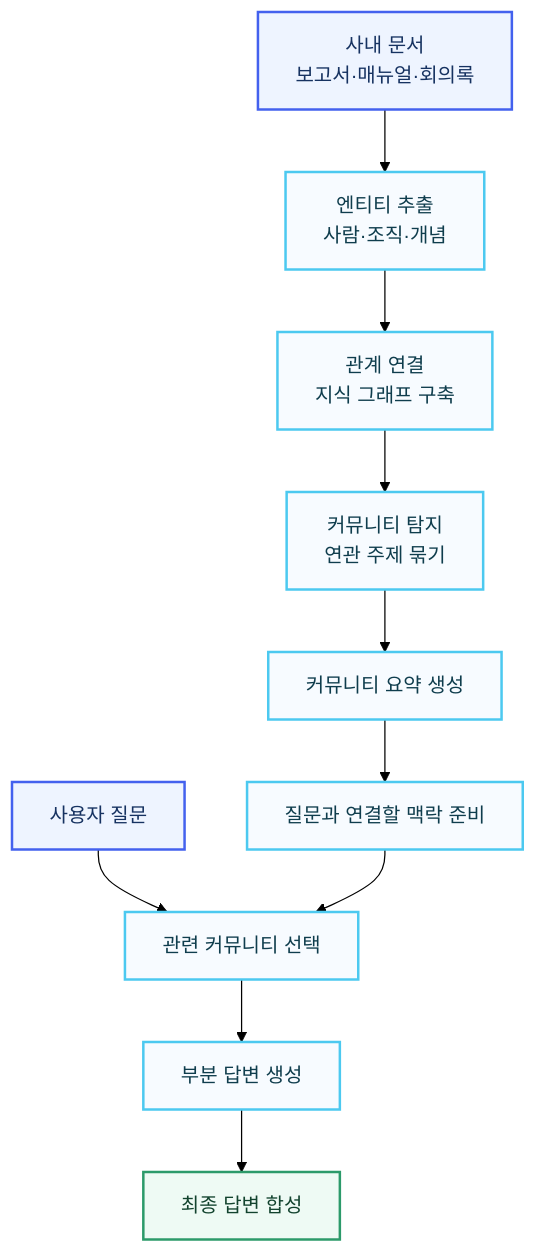
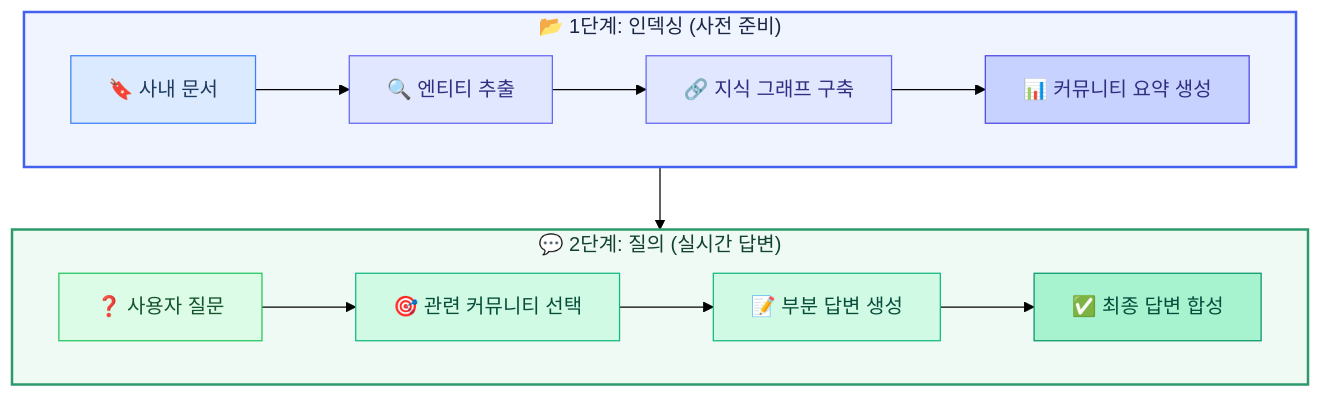
The diagram in output/posts/post_20260330_1/images/diagram_1.mmd (okmju0-lang/blogtest), drawn with Mermaid (forest theme) before and after one commit. The commit also changed 43 other files, not shown here.

```diff
--- a/output/posts/post_20260330_1/images/diagram_1.mmd
+++ b/output/posts/post_20260330_1/images/diagram_1.mmd
@@ -1,17 +1,27 @@
 flowchart TB
-    A["사내 문서<br/>보고서·매뉴얼·회의록"] --> B["엔티티 추출<br/>사람·조직·개념"]
-    B --> C["관계 연결<br/>지식 그래프 구축"]
-    C --> D["커뮤니티 탐지<br/>연관 주제 묶기"]
-    D --> E["커뮤니티 요약 생성"]
-    E --> F["질문과 연결할 맥락 준비"]
-    Q["사용자 질문"] --> G["관련 커뮤니티 선택"]
-    F --> G
-    G --> H["부분 답변 생성"]
-    H --> I["최종 답변 합성"]
+    subgraph INDEX["📂 1단계: 인덱싱 (사전 준비)"]
+        direction LR
+        A["🔖 사내 문서"] --> B["🔍 엔티티 추출"]
+        B --> C["🔗 지식 그래프 구축"]
+        C --> D["📊 커뮤니티 요약 생성"]
+    end
 
-    classDef source fill:#eef4ff,stroke:#4361EE,stroke-width:2px,color:#163261;
-    classDef process fill:#f7fbff,stroke:#4CC9F0,stroke-width:2px,color:#0f3d4d;
-    classDef output fill:#eefaf4,stroke:#2c9a6a,stroke-width:2px,color:#12432e;
-    class A,Q source;
-    class B,C,D,E,F,G,H process;
-    class I output;
+    subgraph QUERY["💬 2단계: 질의 (실시간 답변)"]
+        direction LR
+        E["❓ 사용자 질문"] --> F["🎯 관련 커뮤니티 선택"]
+        F --> G["📝 부분 답변 생성"]
+        G --> H["✅ 최종 답변 합성"]
+    end
+
+    INDEX --> QUERY
+
+    style INDEX fill:#f0f4ff,stroke:#4361ee,stroke-width:2px,color:#1a2744
+    style QUERY fill:#f0faf5,stroke:#2c9a6a,stroke-width:2px,color:#12432e
+    style A fill:#dbeafe,stroke:#3b82f6,color:#1e3a5f
+    style B fill:#e0e7ff,stroke:#6366f1,color:#312e81
+    style C fill:#e0e7ff,stroke:#6366f1,color:#312e81
+    style D fill:#c7d2fe,stroke:#4f46e5,color:#312e81
+    style E fill:#dcfce7,stroke:#22c55e,color:#14532d
+    style F fill:#d1fae5,stroke:#10b981,color:#064e3b
+    style G fill:#d1fae5,stroke:#10b981,color:#064e3b
+    style H fill:#a7f3d0,stroke:#059669,color:#064e3b
```
